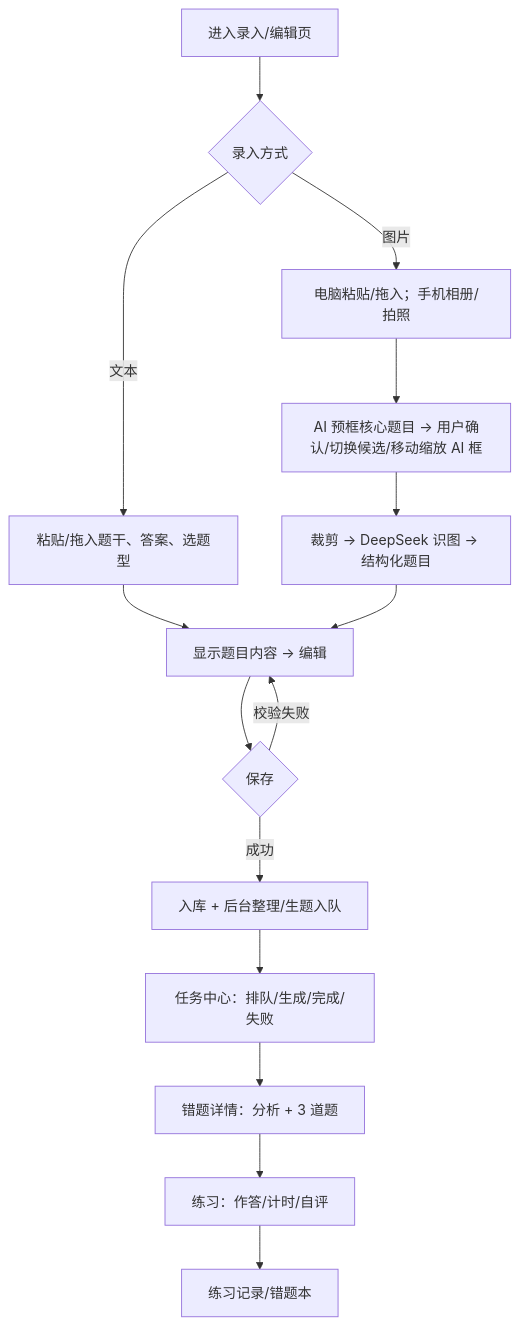
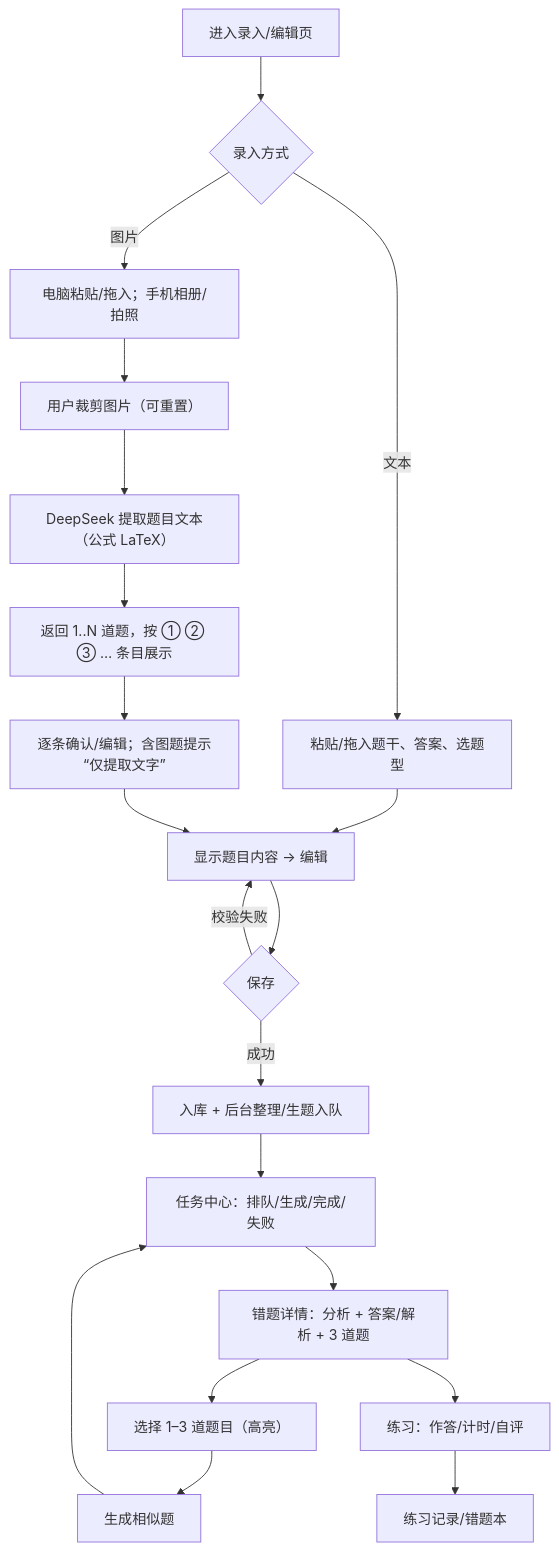
Before and after one commit to plmt3742/Bababoi-Learning-Machine: the second of 4 diagrams in docs/product/02-ia-and-flows.md, drawn with Mermaid. The commit also changed other lines of this file and 15 other files, not shown here.

````diff
--- a/docs/product/02-ia-and-flows.md
+++ b/docs/product/02-ia-and-flows.md
@@ -64,17 +64,22 @@
 ```mermaid
 flowchart TD
   A[进入录入/编辑页] --> B{录入方式}
   B -- 文本 --> C[粘贴/拖入题干、答案、选题型]
   B -- 图片 --> IMG[电脑粘贴/拖入；手机相册/拍照]
-  IMG --> FRAME[AI 预框核心题目 → 用户确认/切换候选/移动缩放 AI 框]
-  FRAME --> OCR[裁剪 → DeepSeek 识图 → 结构化题目]
+  IMG --> CROP[用户裁剪图片（可重置）]
+  CROP --> EXTRACT[DeepSeek 提取题目文本（公式 LaTeX）]
+  EXTRACT --> ITEMS[返回 1..N 道题，按 ① ② ③ … 条目展示]
+  ITEMS --> CONFIRM[逐条确认/编辑；含图题提示“仅提取文字”]
   C --> EDIT[显示题目内容 → 编辑]
-  OCR --> EDIT
+  CONFIRM --> EDIT
   EDIT --> SAVE{保存}
   SAVE -- 校验失败 --> EDIT
   SAVE -- 成功 --> QUEUE[入库 + 后台整理/生题入队]
   QUEUE --> TASK[任务中心：排队/生成/完成/失败]
-  TASK --> DETAIL[错题详情：分析 + 3 道题]
+  TASK --> DETAIL[错题详情：分析 + 答案/解析 + 3 道题]
+  DETAIL --> SELECT[选择 1–3 道题目（高亮）]
+  SELECT --> GENERATE[生成相似题]
+  GENERATE --> TASK
   DETAIL --> PRACTICE[练习：作答/计时/自评]
   PRACTICE --> RECORD[练习记录/错题本]
 ```
````
